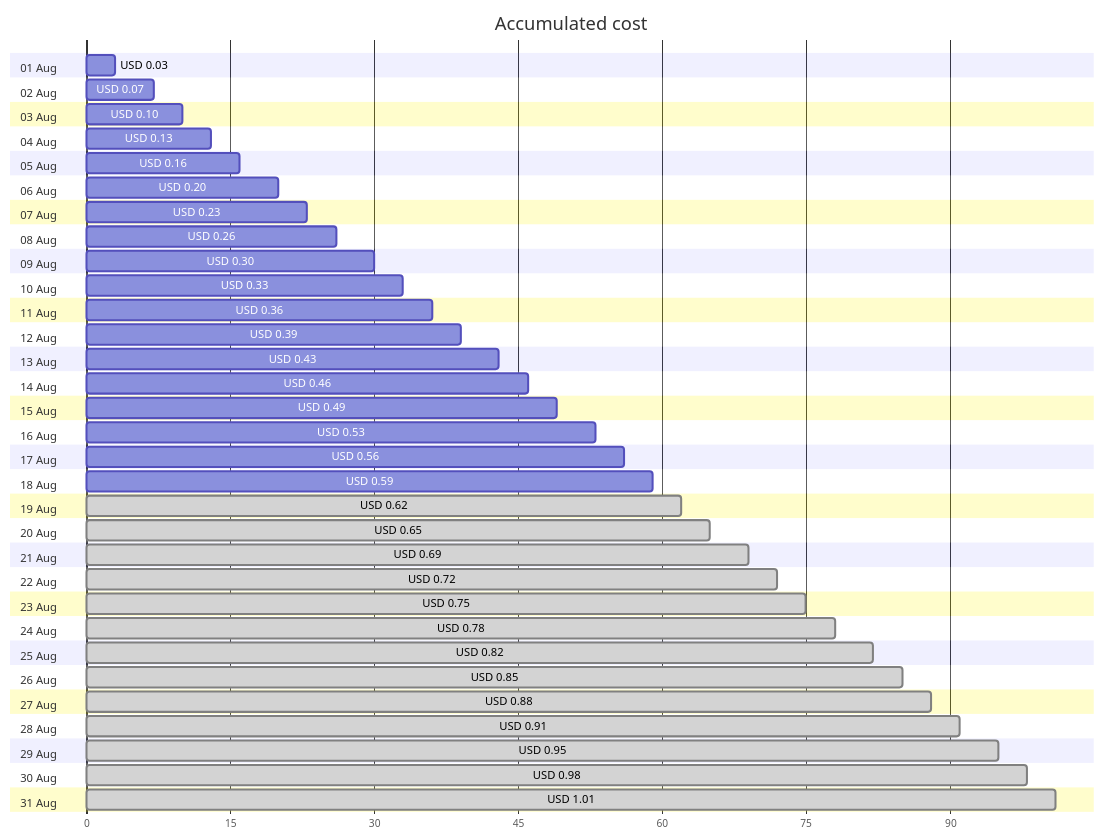
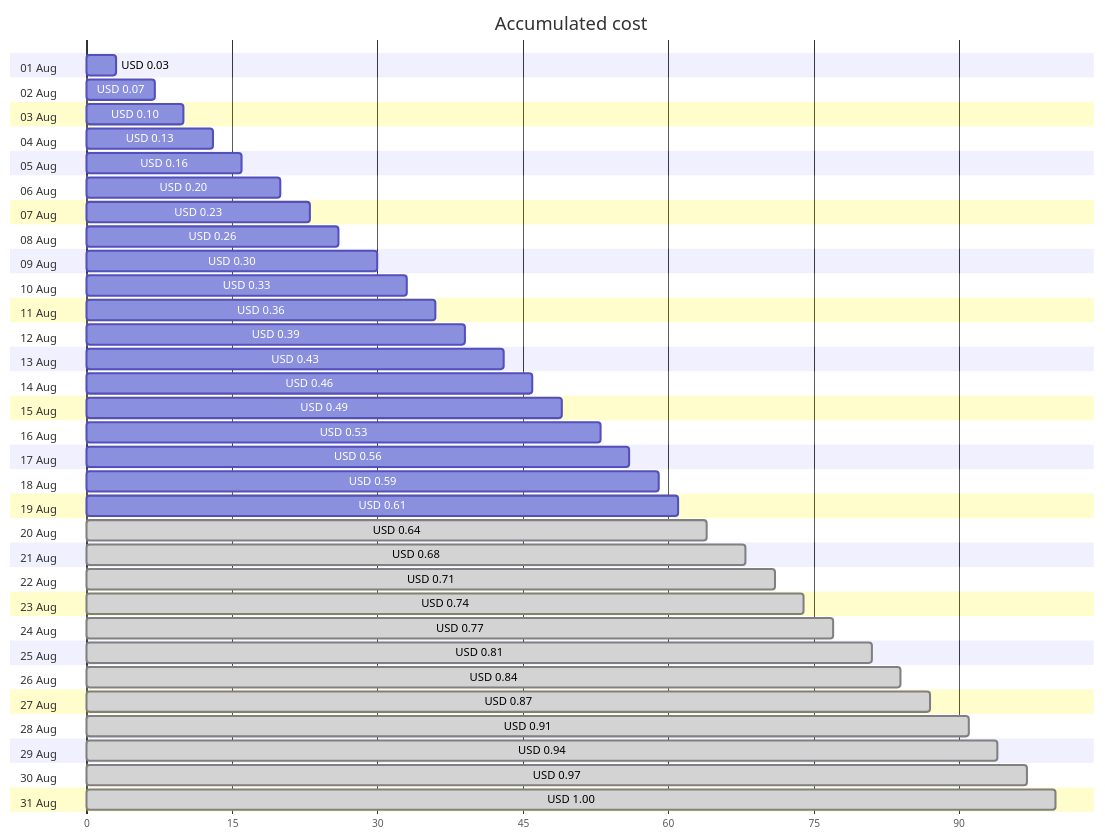
One commit to jpfulton/azure-personal-reports changed the first of 4 diagrams in cost-reports/personal-dns/README.md. Above: the diagram before and after it, drawn with Mermaid. The commit also changed other lines of this file and 2 other files, not shown here.

Commit message:
Generated reports [skip ci]

````diff
--- a/cost-reports/personal-dns/README.md
+++ b/cost-reports/personal-dns/README.md
@@ -20,68 +20,68 @@
 ```mermaid
 gantt
    title Accumulated cost
    dateFormat  X
    axisFormat %s
    section 01 Aug
    USD 0.03 :0, 3
    section 02 Aug
    USD 0.07 :0, 7
    section 03 Aug
    USD 0.10 :0, 10
    section 04 Aug
    USD 0.13 :0, 13
    section 05 Aug
    USD 0.16 :0, 16
    section 06 Aug
    USD 0.20 :0, 20
    section 07 Aug
    USD 0.23 :0, 23
    section 08 Aug
    USD 0.26 :0, 26
    section 09 Aug
    USD 0.30 :0, 30
    section 10 Aug
    USD 0.33 :0, 33
    section 11 Aug
    USD 0.36 :0, 36
    section 12 Aug
    USD 0.39 :0, 39
    section 13 Aug
    USD 0.43 :0, 43
    section 14 Aug
    USD 0.46 :0, 46
    section 15 Aug
    USD 0.49 :0, 49
    section 16 Aug
    USD 0.53 :0, 53
    section 17 Aug
    USD 0.56 :0, 56
    section 18 Aug
    USD 0.59 :0, 59
    section 19 Aug
-   USD 0.62 : done, 0, 62
+   USD 0.61 :0, 61
    section 20 Aug
-   USD 0.65 : done, 0, 65
+   USD 0.64 : done, 0, 64
    section 21 Aug
-   USD 0.69 : done, 0, 69
+   USD 0.68 : done, 0, 68
    section 22 Aug
-   USD 0.72 : done, 0, 72
+   USD 0.71 : done, 0, 71
    section 23 Aug
-   USD 0.75 : done, 0, 75
+   USD 0.74 : done, 0, 74
    section 24 Aug
-   USD 0.78 : done, 0, 78
+   USD 0.77 : done, 0, 77
    section 25 Aug
-   USD 0.82 : done, 0, 82
+   USD 0.81 : done, 0, 81
    section 26 Aug
-   USD 0.85 : done, 0, 85
+   USD 0.84 : done, 0, 84
    section 27 Aug
-   USD 0.88 : done, 0, 88
+   USD 0.87 : done, 0, 87
    section 28 Aug
    USD 0.91 : done, 0, 91
    section 29 Aug
-   USD 0.95 : done, 0, 95
+   USD 0.94 : done, 0, 94
    section 30 Aug
-   USD 0.98 : done, 0, 98
+   USD 0.97 : done, 0, 97
    section 31 Aug
-   USD 1.01 : done, 0, 101
+   USD 1.00 : done, 0, 100
 ```
````
